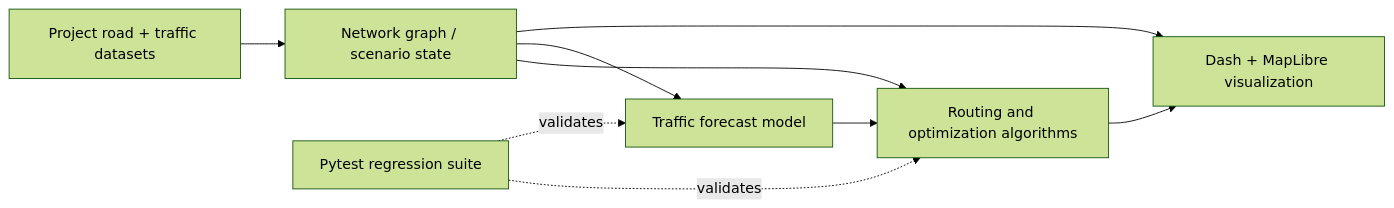
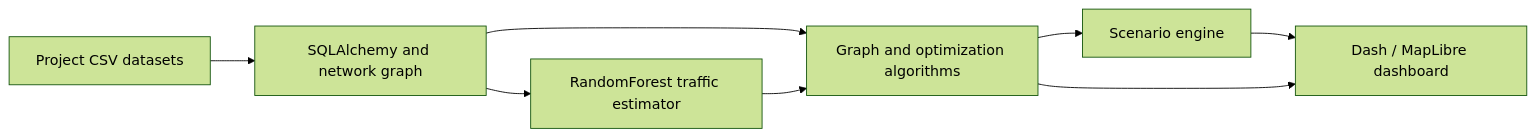
Before and after one commit to ZeyadAli999/CAIRO_FLOW: the diagram in README.md, drawn with Mermaid (forest theme). The commit also changed other lines of this file, not shown here.

````diff
--- a/README.md
+++ b/README.md
@@ -23,11 +25,10 @@
 ```mermaid
 flowchart LR
-    DATA["Project road + traffic datasets"] --> MODEL["Network graph / scenario state"]
-    MODEL --> ALGO["Routing and optimization algorithms"]
-    MODEL --> ML["Traffic forecast model"]
-    ML --> ALGO
-    ALGO --> UI["Dash + MapLibre visualization"]
-    MODEL --> UI
-    TEST["Pytest regression suite"] -. validates .-> ALGO
-    TEST -. validates .-> ML
+    DATA["Project CSV datasets"] --> DB["SQLAlchemy and network graph"]
+    DB --> ALG["Graph and optimization algorithms"]
+    DB --> ML["RandomForest traffic estimator"]
+    ML --> ALG
+    ALG --> SIM["Scenario engine"]
+    SIM --> WEB["Dash / MapLibre dashboard"]
+    ALG --> WEB
 ```
````
